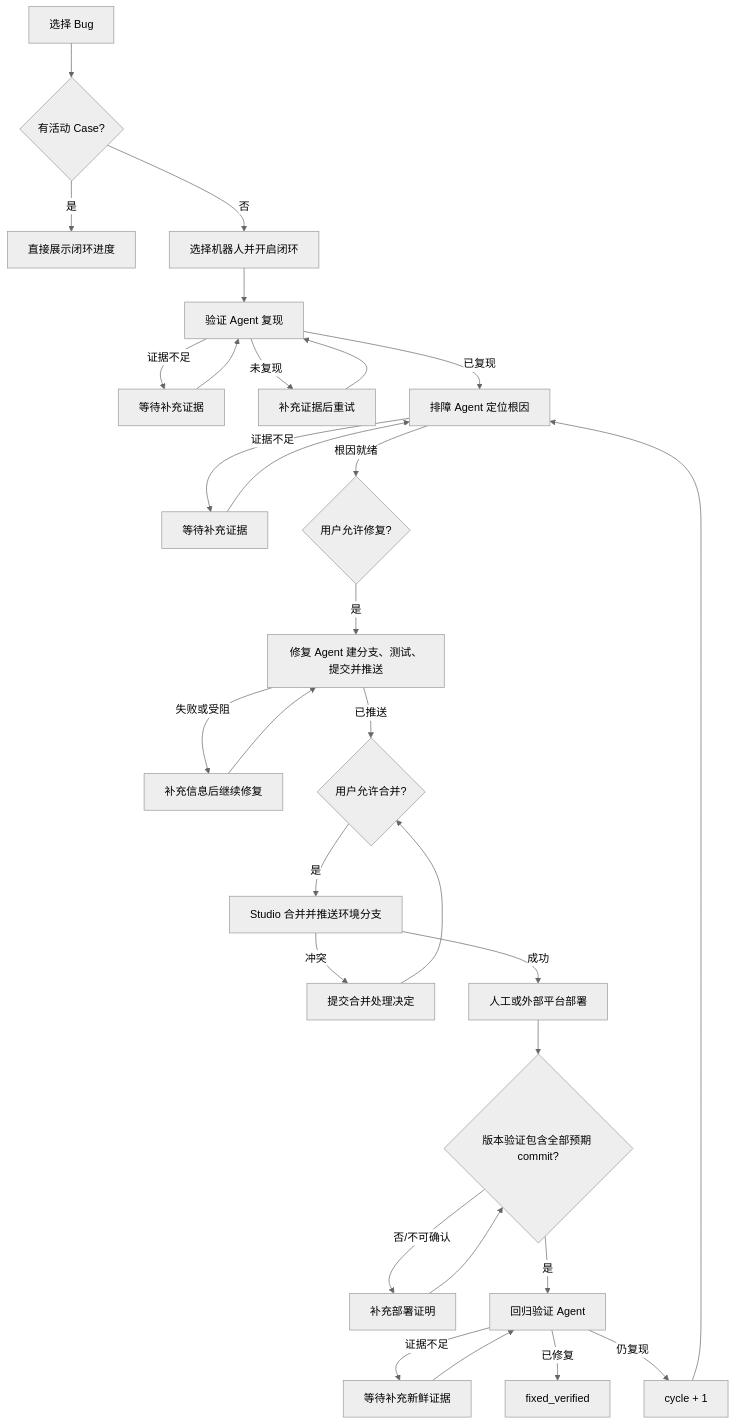
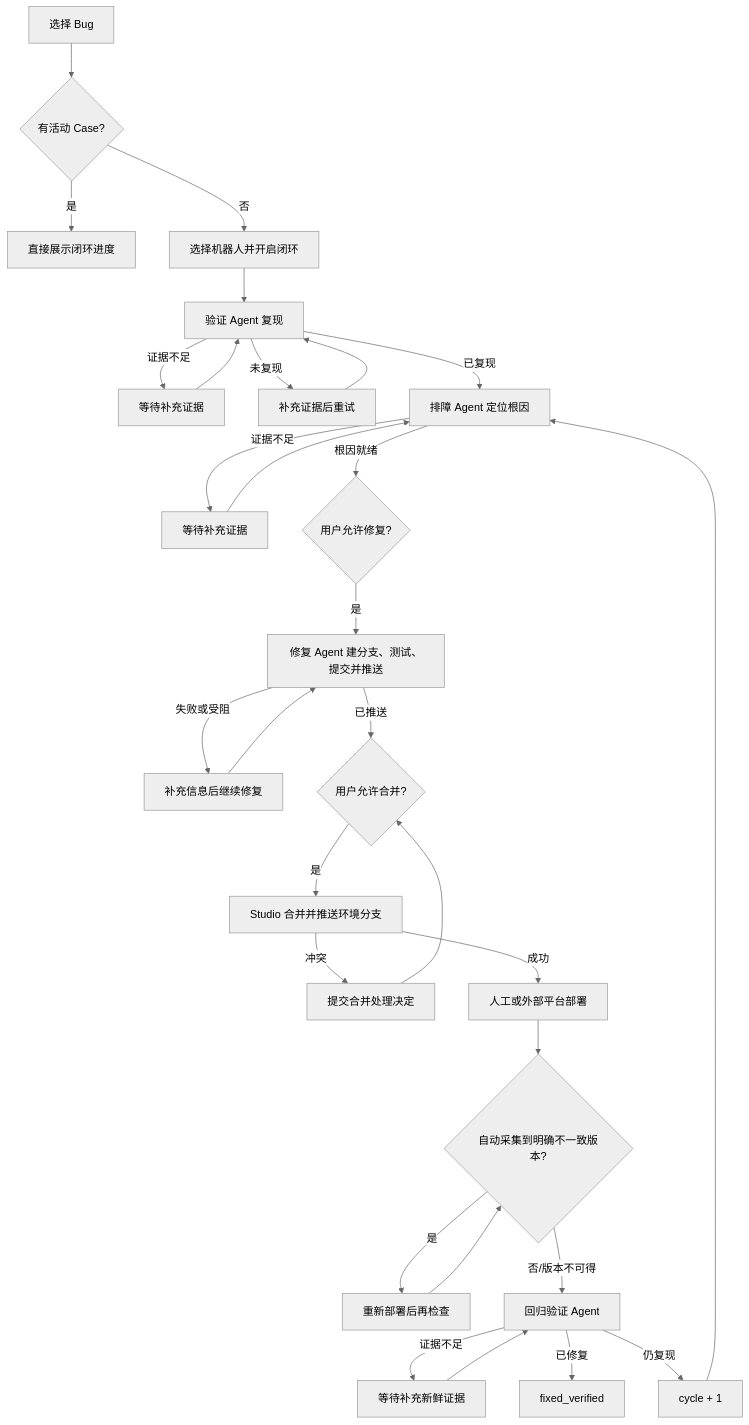
The fourth of 4 diagrams in docs/incident-workflow.md (452562082/troubleshooter-studio), drawn with Mermaid (neutral theme) before and after one commit. The commit also changed other lines of this file and 90 other files, not shown here.

````diff
--- a/docs/incident-workflow.md
+++ b/docs/incident-workflow.md
@@ -157,32 +157,32 @@
 ```mermaid
 flowchart TD
     A[选择 Bug] --> B{有活动 Case?}
     B -- 是 --> C[直接展示闭环进度]
     B -- 否 --> D[选择机器人并开启闭环]
     D --> E[验证 Agent 复现]
     E -- 证据不足 --> W1[等待补充证据]
     W1 --> E
     E -- 未复现 --> N[补充证据后重试]
     N --> E
     E -- 已复现 --> I[排障 Agent 定位根因]
     I -- 证据不足 --> W2[等待补充证据]
     W2 --> I
     I -- 根因就绪 --> A1{用户允许修复?}
     A1 -- 是 --> F[修复 Agent 建分支、测试、提交并推送]
     F -- 失败或受阻 --> W3[补充信息后继续修复]
     W3 --> F
     F -- 已推送 --> A2{用户允许合并?}
     A2 -- 是 --> M[Studio 合并并推送环境分支]
     M -- 冲突 --> MC[提交合并处理决定]
     MC --> A2
     M -- 成功 --> DEP[人工或外部平台部署]
-    DEP --> V{版本验证包含全部预期 commit?}
-    V -- 否/不可确认 --> DP[补充部署证明]
+    DEP --> V{自动采集到明确不一致版本?}
+    V -- 是 --> DP[重新部署后再检查]
     DP --> V
-    V -- 是 --> R[回归验证 Agent]
+    V -- 否/版本不可得 --> R[回归验证 Agent]
     R -- 证据不足 --> W4[等待补充新鲜证据]
     W4 --> R
     R -- 已修复 --> DONE[fixed_verified]
     R -- 仍复现 --> NEXT[cycle + 1]
     NEXT --> I
 ```
````
